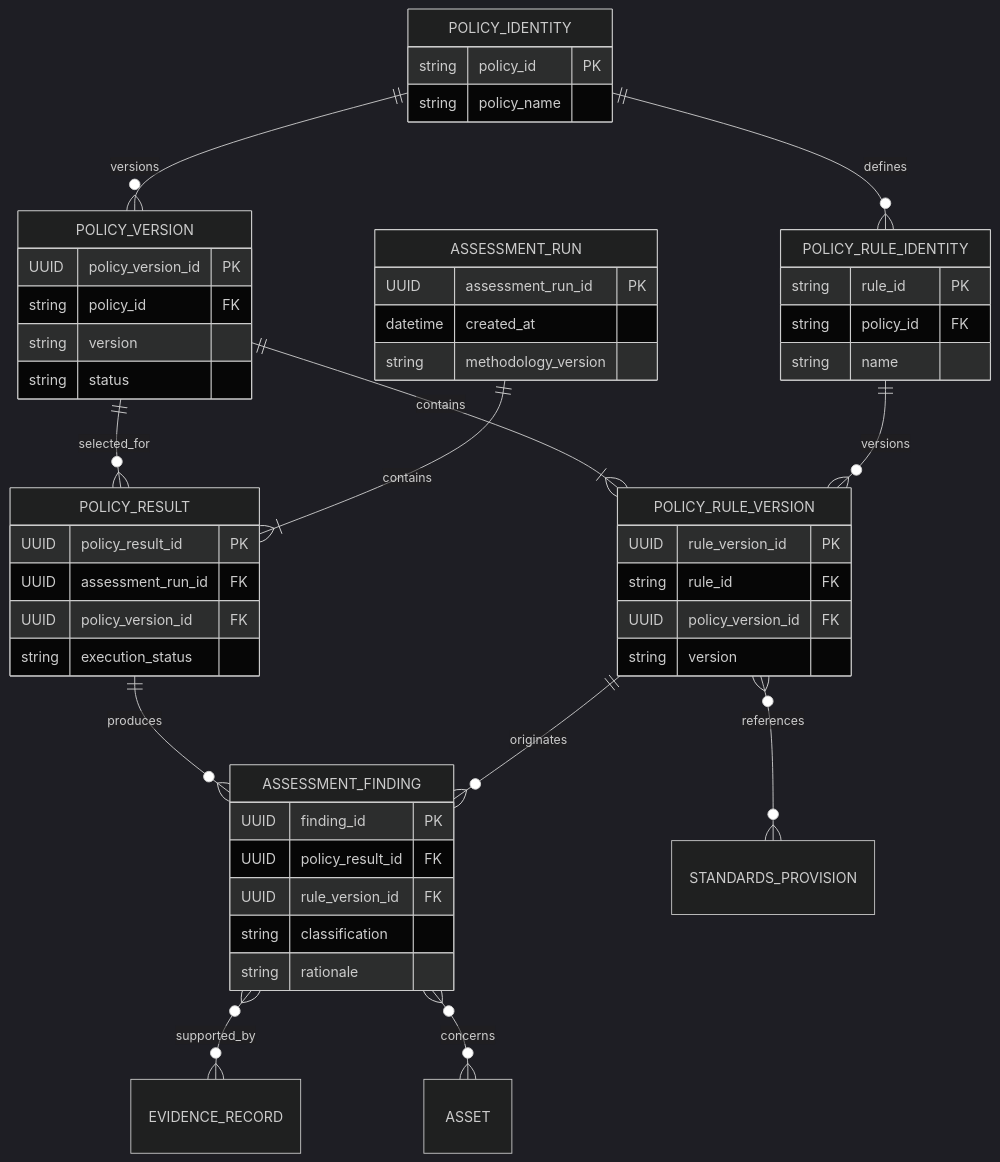
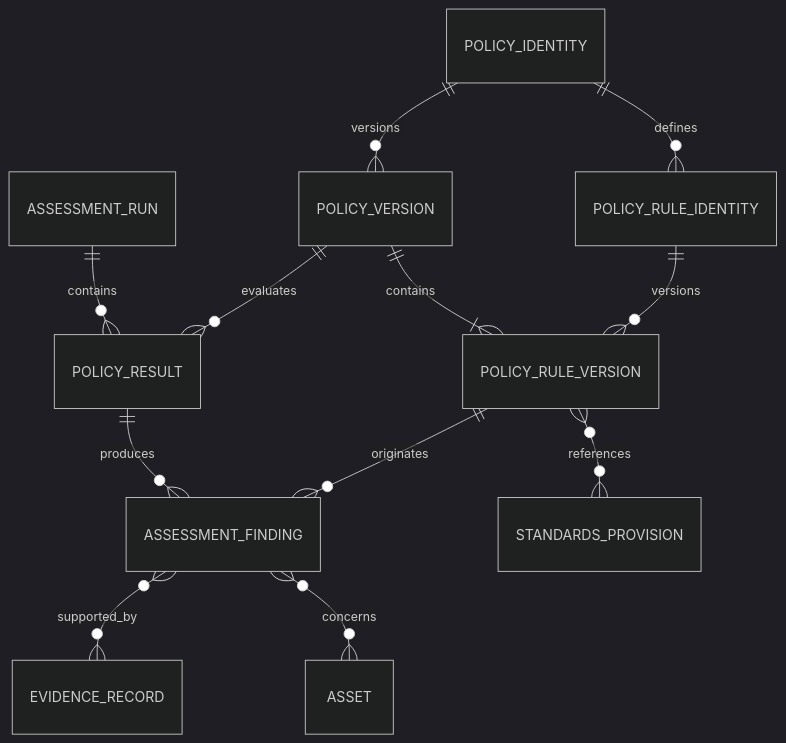
One commit to git-loa/cryptographic-inventory-pqc-risk-assessment changed the fifth of 6 diagrams in docs/architecture/domain/entity-relationship-diagram.md. Above: the diagram before and after it, drawn with Mermaid (dark theme). The commit also changed other lines of this file and 9 other files, not shown here.

Commit message:
feature: refactor relationship rules / docs: rewrite domain architecture documentation

````diff
--- a/docs/architecture/domain/entity-relationship-diagram.md
+++ b/docs/architecture/domain/entity-relationship-diagram.md
@@ -180,64 +168,18 @@
 ```mermaid
 erDiagram
     POLICY_IDENTITY ||--o{ POLICY_VERSION : versions
     POLICY_IDENTITY ||--o{ POLICY_RULE_IDENTITY : defines
 
     POLICY_VERSION ||--|{ POLICY_RULE_VERSION : contains
     POLICY_RULE_IDENTITY ||--o{ POLICY_RULE_VERSION : versions
 
-    POLICY_VERSION ||--o{ POLICY_RESULT : selected_for
-    ASSESSMENT_RUN ||--|{ POLICY_RESULT : contains
+    ASSESSMENT_RUN ||--o{ POLICY_RESULT : contains
+    POLICY_VERSION ||--o{ POLICY_RESULT : evaluates
     POLICY_RESULT ||--o{ ASSESSMENT_FINDING : produces
 
     POLICY_RULE_VERSION ||--o{ ASSESSMENT_FINDING : originates
 
     POLICY_RULE_VERSION }o--o{ STANDARDS_PROVISION : references
     ASSESSMENT_FINDING }o--o{ EVIDENCE_RECORD : supported_by
     ASSESSMENT_FINDING }o--o{ ASSET : concerns
-
-    POLICY_IDENTITY {
-        string policy_id PK
-        string policy_name
-    }
-
-    POLICY_VERSION {
-        UUID policy_version_id PK
-        string policy_id FK
-        string version
-        string status
-    }
-
-    POLICY_RULE_IDENTITY {
-        string rule_id PK
-        string policy_id FK
-        string name
-    }
-
-    POLICY_RULE_VERSION {
-        UUID rule_version_id PK
-        string rule_id FK
-        UUID policy_version_id FK
-        string version
-    }
-
-    ASSESSMENT_RUN {
-        UUID assessment_run_id PK
-        datetime created_at
-        string methodology_version
-    }
-
-    POLICY_RESULT {
-        UUID policy_result_id PK
-        UUID assessment_run_id FK
-        UUID policy_version_id FK
-        string execution_status
-    }
-
-    ASSESSMENT_FINDING {
-        UUID finding_id PK
-        UUID policy_result_id FK
-        UUID rule_version_id FK
-        string classification
-        string rationale
-    }
 ```
````
